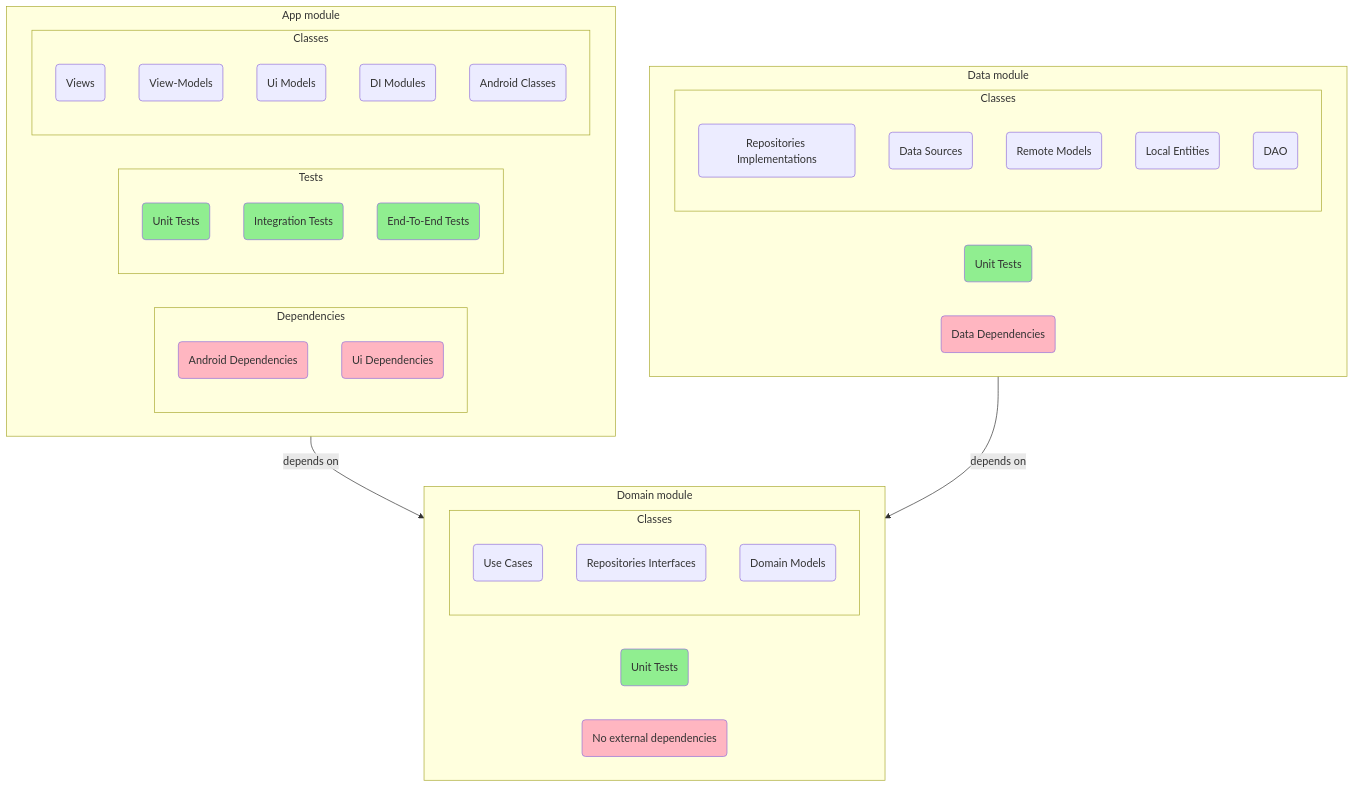
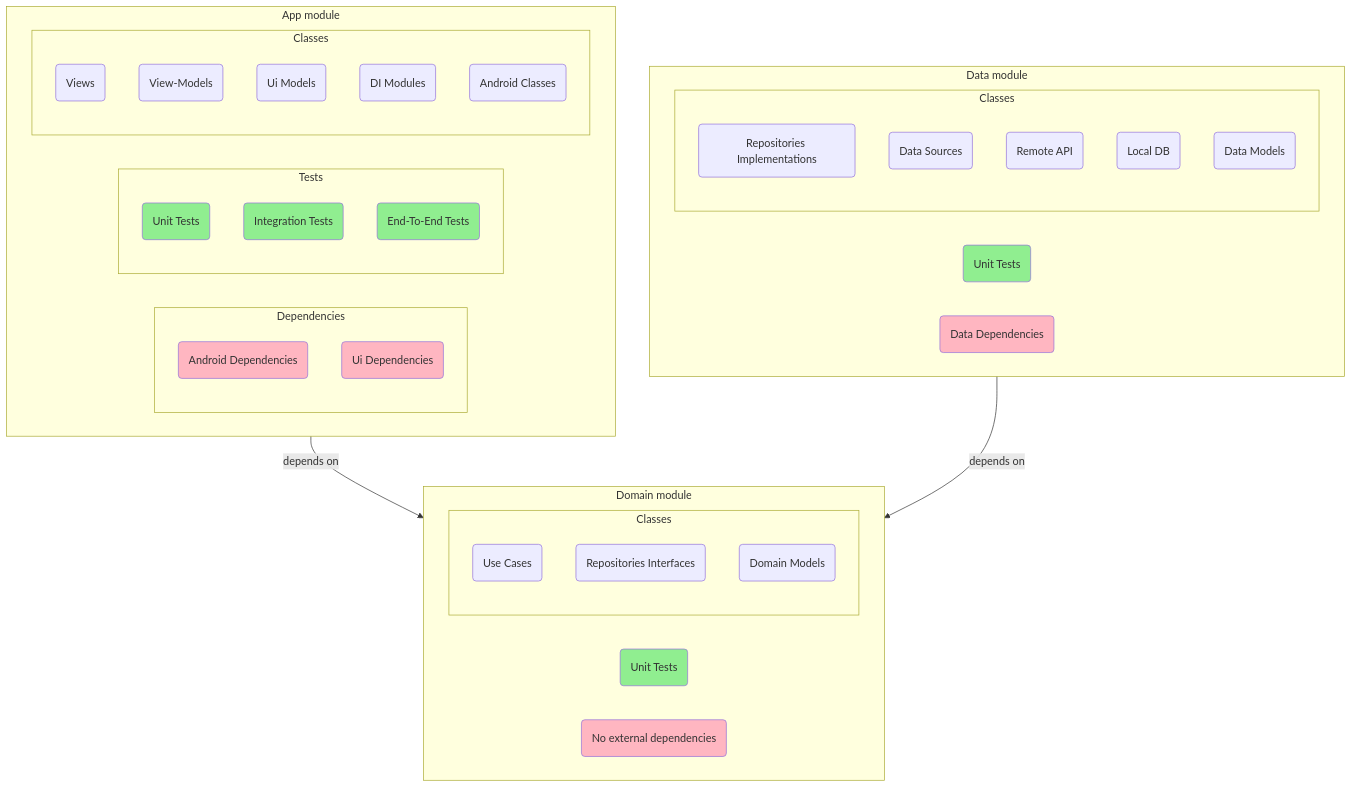
Before and after one commit to AntonShapovalov/Clean-Architecture-Android: the diagram in README.md, drawn with Mermaid. The commit also changed 4 other files, not shown here.

````diff
--- a/README.md
+++ b/README.md
@@ -40,57 +40,57 @@
 ```mermaid
 graph TD
     subgraph APP[App module]
         direction LR
         subgraph AppDependencies[Dependencies]
             direction TB
             AndroidDependencies(Android Dependencies):::red
             UiDependencies(Ui Dependencies):::red
         end
         subgraph AppTests[Tests]
             direction TB
             AppUnitTests(Unit Tests):::green
             IntegrationTests(Integration Tests):::green
             E2ETests(End-To-End Tests):::green
         end
         subgraph AppClasses[Classes]
             direction TB
             Views(Views)
             ViewModels(View-Models)
             UiModels(Ui Models)
             DI(DI Modules)
             Android(Android Classes)
         end
     end
 
     subgraph DOMAIN[Domain module]
         direction LR
         subgraph DomainClasses[Classes]
             direction TB
             UseCases(Use Cases)
             Repositories(Repositories Interfaces)
             DomainModels(Domain Models)
         end
         DomainUnitTests(Unit Tests):::green
         DomainDependencies(No external dependencies):::red
     end
 
     subgraph DATA[Data module]
         direction LR
         DataClassesTests(Unit Tests):::green
         DataDependencies(Data Dependencies):::red
         subgraph DataClasses[Classes]
             direction TB
             RepositoriesImpl(Repositories Implementations)
             DataSources(Data Sources)
-            RemoteModels(Remote Models)
-            LocalModels(Local Entities)
-            DAO(DAO)
+            RemoteAPI(Remote API)
+            LocalDB(Local DB)
+            DataModels(Data Models)
         end
     end
 
     APP--depends on-->DOMAIN
     DATA--depends on-->DOMAIN
     
     classDef green fill:#90EE90
     classDef red fill:#FFB6C1
 ```
````
